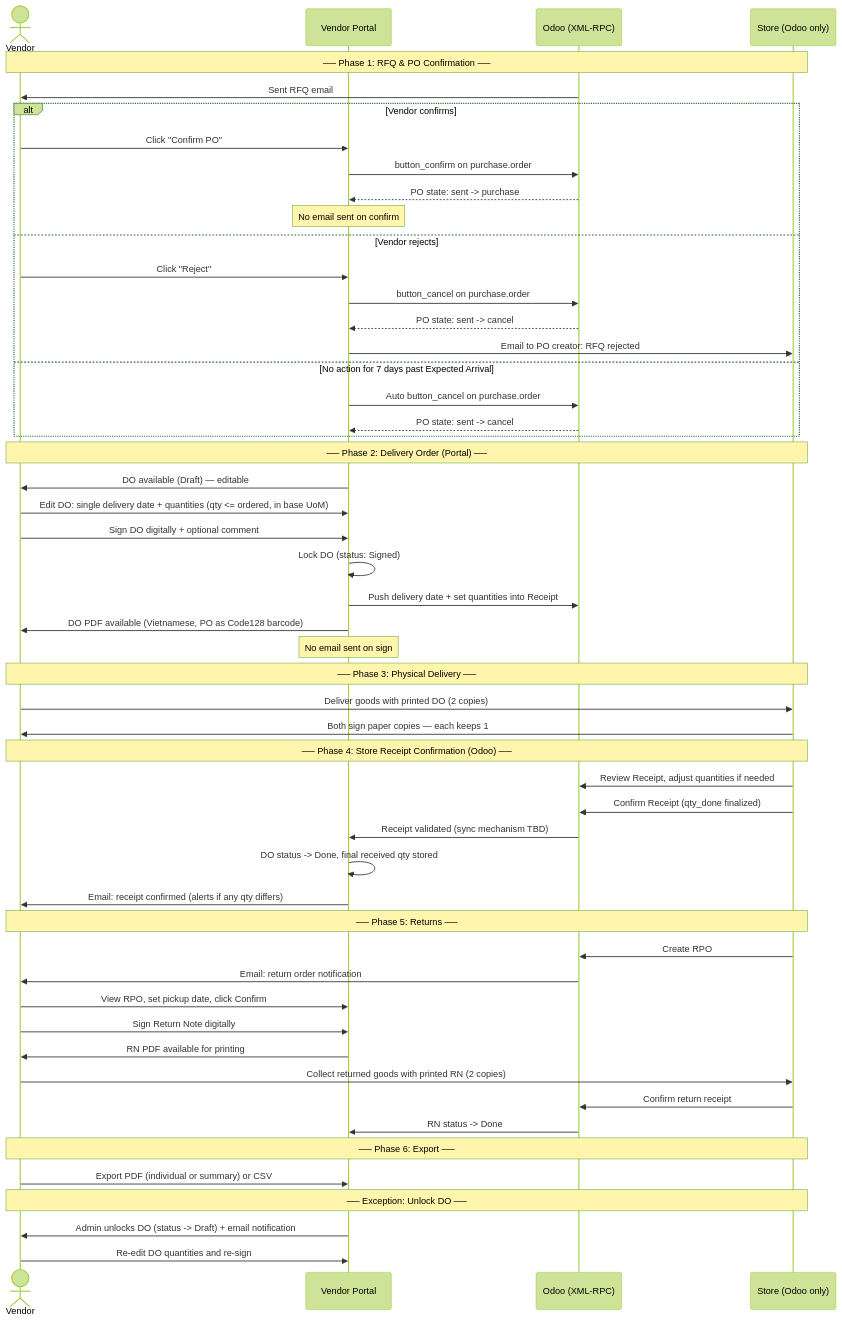
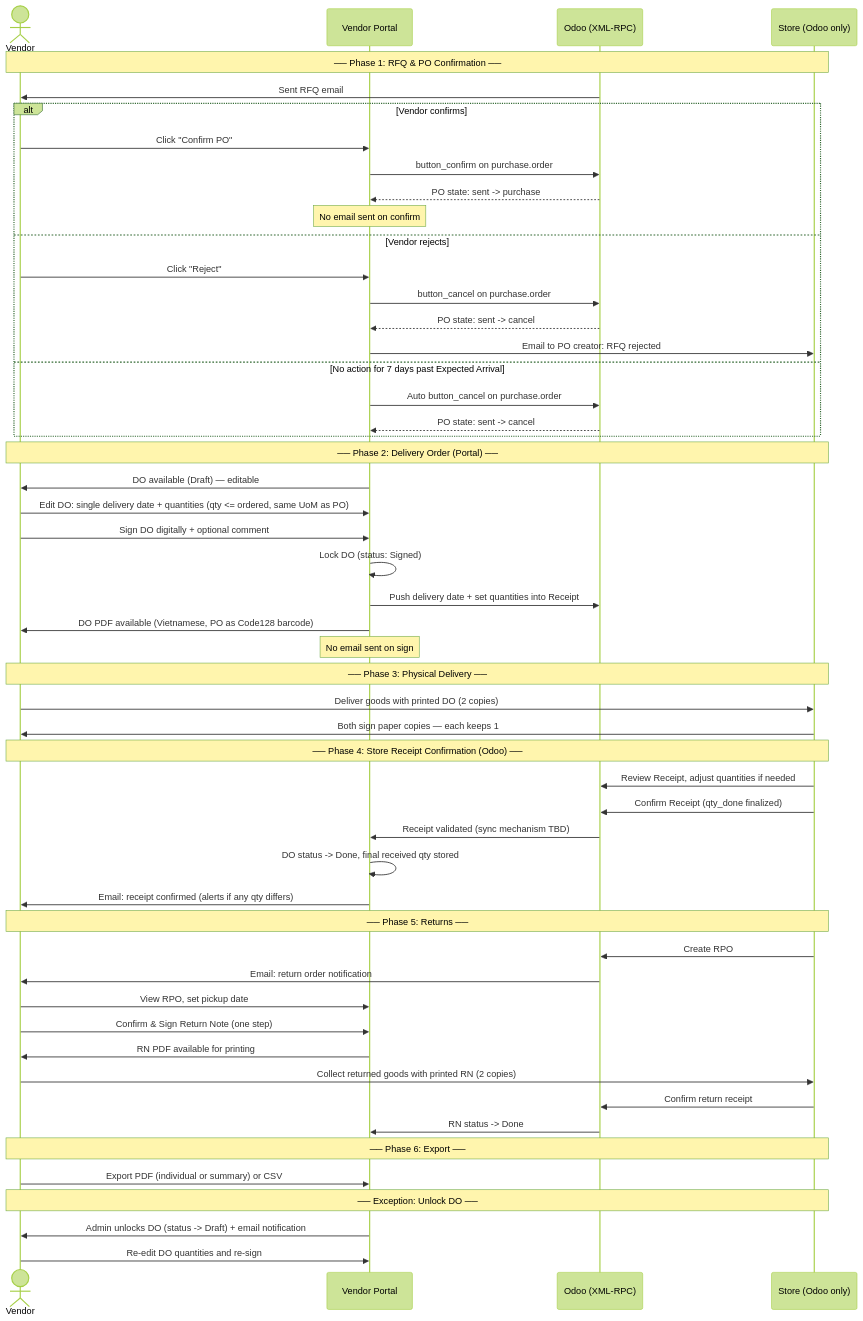
The third of 5 diagrams in PROCESS_FLOW.md (ngohuuduc/3S_vendor_portal), drawn with Mermaid (forest theme) before and after one commit. The commit also changed other lines of this file and 1 other file, not shown here.

````diff
--- a/PROCESS_FLOW.md
+++ b/PROCESS_FLOW.md
@@ -120,61 +120,61 @@
 ```mermaid
 sequenceDiagram
     actor Vendor
     participant Portal as Vendor Portal
     participant Odoo as Odoo (XML-RPC)
     participant Store as Store (Odoo only)
 
     Note over Vendor,Store: ── Phase 1: RFQ & PO Confirmation ──
     Odoo->>Vendor: Sent RFQ email
     alt Vendor confirms
         Vendor->>Portal: Click "Confirm PO"
         Portal->>Odoo: button_confirm on purchase.order
         Odoo-->>Portal: PO state: sent -> purchase
         Note over Portal: No email sent on confirm
     else Vendor rejects
         Vendor->>Portal: Click "Reject"
         Portal->>Odoo: button_cancel on purchase.order
         Odoo-->>Portal: PO state: sent -> cancel
         Portal->>Store: Email to PO creator: RFQ rejected
     else No action for 7 days past Expected Arrival
         Portal->>Odoo: Auto button_cancel on purchase.order
         Odoo-->>Portal: PO state: sent -> cancel
     end
 
     Note over Vendor,Store: ── Phase 2: Delivery Order (Portal) ──
     Portal->>Vendor: DO available (Draft) — editable
-    Vendor->>Portal: Edit DO: single delivery date + quantities (qty <= ordered, in base UoM)
+    Vendor->>Portal: Edit DO: single delivery date + quantities (qty <= ordered, same UoM as PO)
     Vendor->>Portal: Sign DO digitally + optional comment
     Portal->>Portal: Lock DO (status: Signed)
     Portal->>Odoo: Push delivery date + set quantities into Receipt
     Portal->>Vendor: DO PDF available (Vietnamese, PO as Code128 barcode)
     Note over Portal: No email sent on sign
 
     Note over Vendor,Store: ── Phase 3: Physical Delivery ──
     Vendor->>Store: Deliver goods with printed DO (2 copies)
     Store->>Vendor: Both sign paper copies — each keeps 1
 
     Note over Vendor,Store: ── Phase 4: Store Receipt Confirmation (Odoo) ──
     Store->>Odoo: Review Receipt, adjust quantities if needed
     Store->>Odoo: Confirm Receipt (qty_done finalized)
     Odoo->>Portal: Receipt validated (sync mechanism TBD)
     Portal->>Portal: DO status -> Done, final received qty stored
     Portal->>Vendor: Email: receipt confirmed (alerts if any qty differs)
 
     Note over Vendor,Store: ── Phase 5: Returns ──
     Store->>Odoo: Create RPO
     Odoo->>Vendor: Email: return order notification
-    Vendor->>Portal: View RPO, set pickup date, click Confirm
-    Vendor->>Portal: Sign Return Note digitally
+    Vendor->>Portal: View RPO, set pickup date
+    Vendor->>Portal: Confirm & Sign Return Note (one step)
     Portal->>Vendor: RN PDF available for printing
     Vendor->>Store: Collect returned goods with printed RN (2 copies)
     Store->>Odoo: Confirm return receipt
     Odoo->>Portal: RN status -> Done
 
     Note over Vendor,Store: ── Phase 6: Export ──
     Vendor->>Portal: Export PDF (individual or summary) or CSV
 
     Note over Vendor,Store: ── Exception: Unlock DO ──
     Portal->>Vendor: Admin unlocks DO (status -> Draft) + email notification
     Vendor->>Portal: Re-edit DO quantities and re-sign
 ```
````
